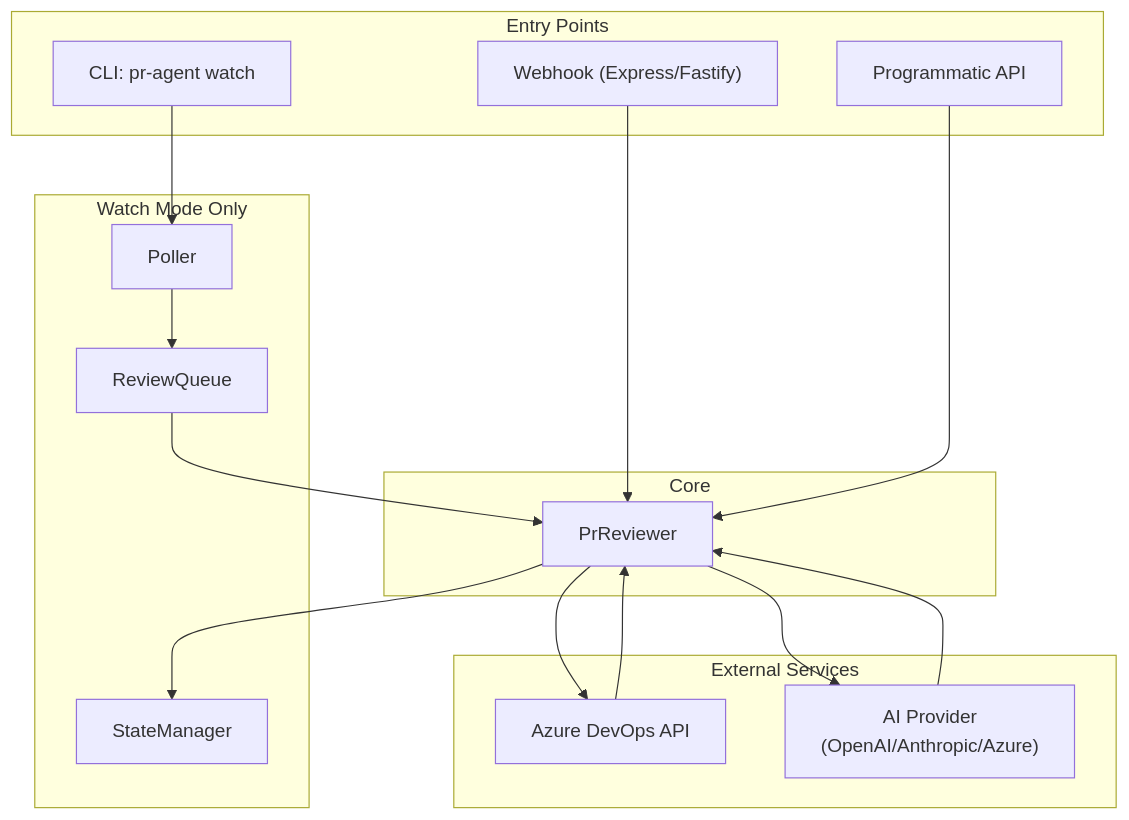
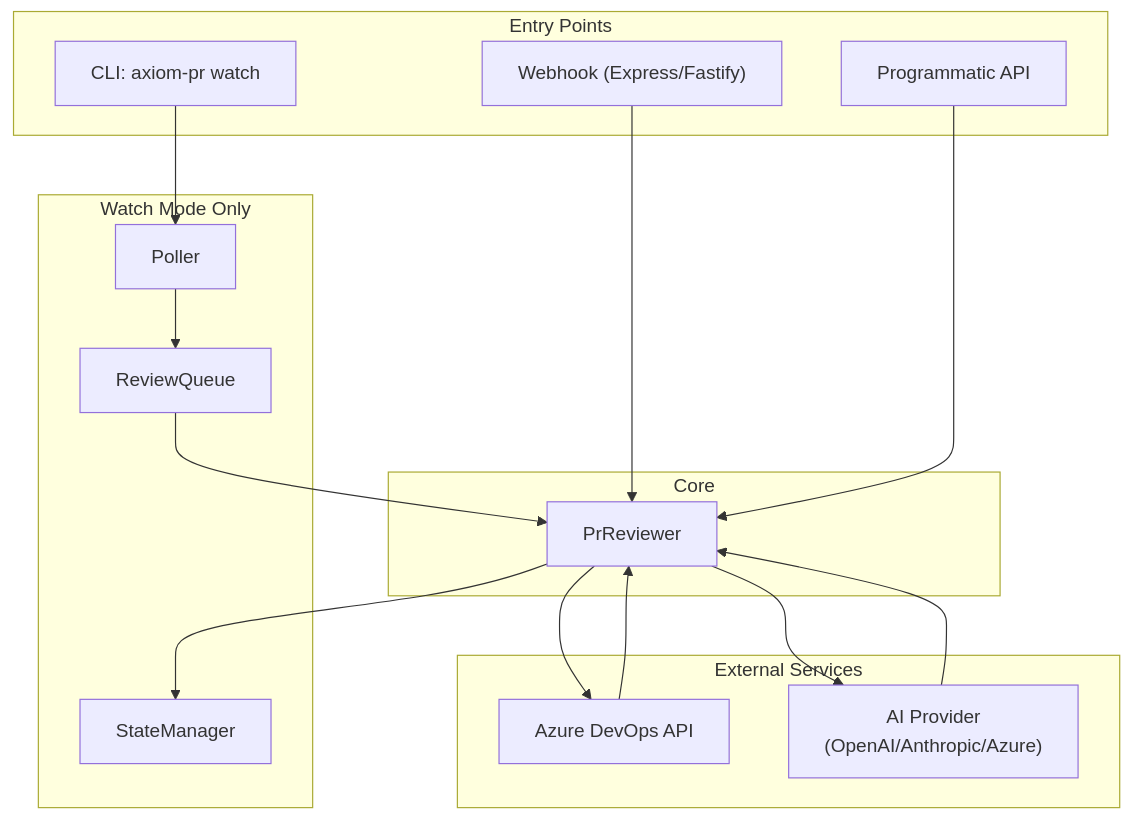
The diagram in docs/ARCHITECTURE.md (JohanBujari/ai-code-reviewer), drawn with Mermaid before and after one commit. The commit also changed other lines of this file and 14 other files, not shown here.

First line of the commit message:
Add model selection, input validation, config flow improvements, and cleanup

````diff
--- a/docs/ARCHITECTURE.md
+++ b/docs/ARCHITECTURE.md
@@ -5,35 +5,35 @@
 ```mermaid
 flowchart TB
     subgraph Triggers["Entry Points"]
         Webhook["Webhook (Express/Fastify)"]
-        Watch["CLI: pr-agent watch"]
+        Watch["CLI: axiom-pr watch"]
         Direct["Programmatic API"]
     end
 
     subgraph WatchMode["Watch Mode Only"]
         Poller["Poller"]
         Queue["ReviewQueue"]
         State["StateManager"]
     end
 
     subgraph Core["Core"]
         Reviewer["PrReviewer"]
     end
 
     subgraph External["External Services"]
         ADO["Azure DevOps API"]
         AI["AI Provider\n(OpenAI/Anthropic/Azure)"]
     end
 
     Webhook --> Reviewer
     Direct --> Reviewer
     Watch --> Poller
     Poller --> Queue
     Queue --> Reviewer
     Reviewer --> State
 
     Reviewer --> ADO
     Reviewer --> AI
     ADO --> Reviewer
     AI --> Reviewer
 ```
````
